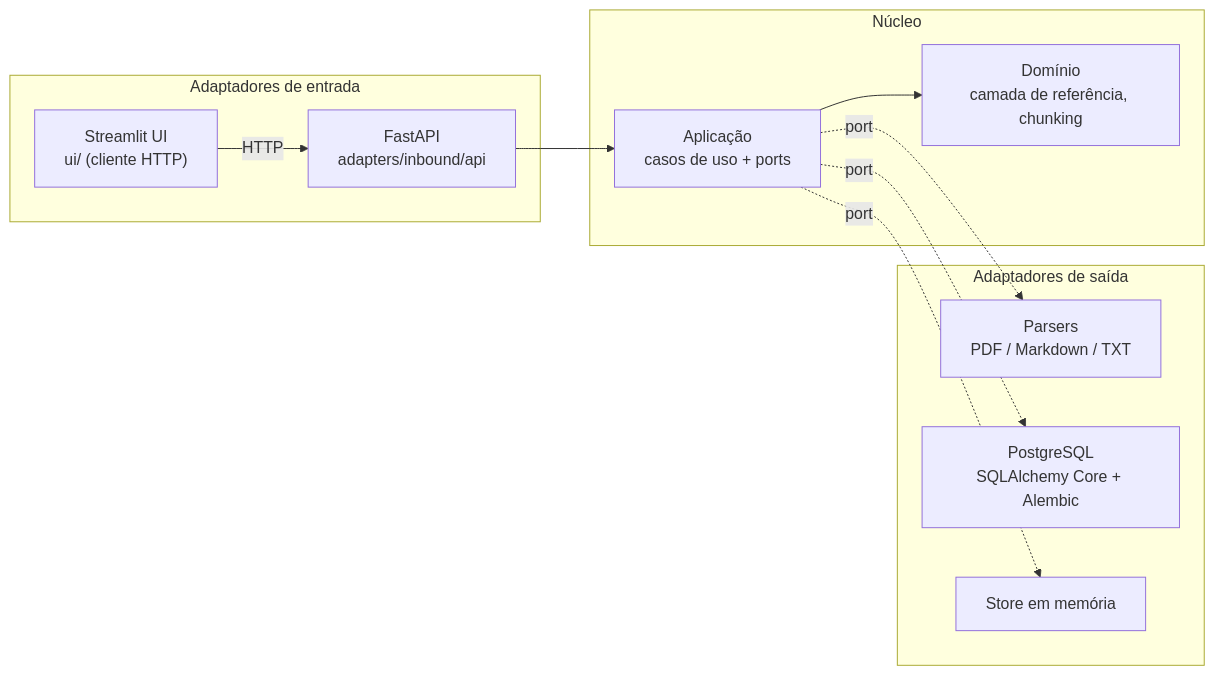
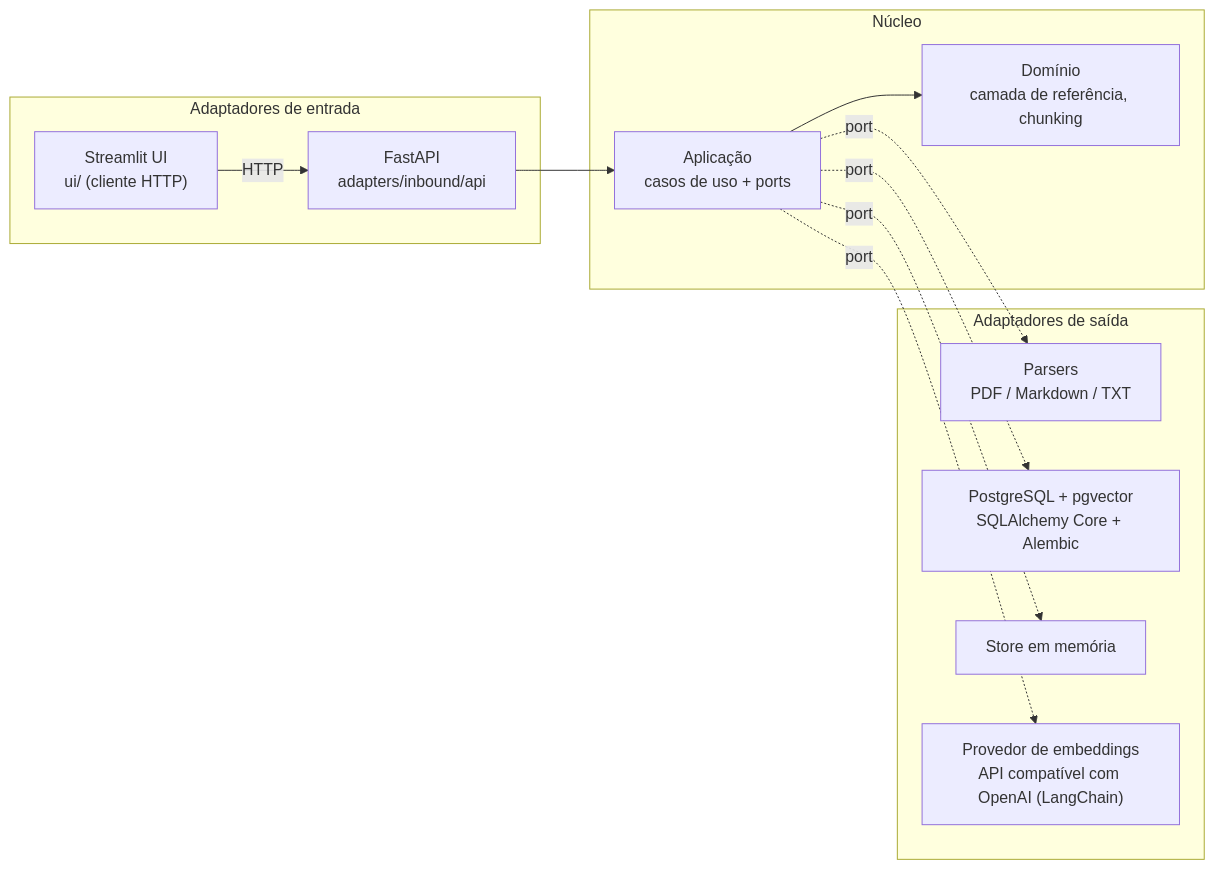
Before and after one commit to lutian/RAG-Benchmark-Lab: the first of 3 diagrams in docs/pt-BR/architecture.md, drawn with Mermaid. The commit also changed other lines of this file and 16 other files, not shown here.

Commit message:
docs: document indexing, embeddings adapter and pgvector storage

````diff
--- a/docs/pt-BR/architecture.md
+++ b/docs/pt-BR/architecture.md
@@ -9,22 +9,24 @@
 ```mermaid
 flowchart LR
     subgraph Inbound["Adaptadores de entrada"]
         API["FastAPI<br/>adapters/inbound/api"]
         UI["Streamlit UI<br/>ui/ (cliente HTTP)"]
     end
     subgraph Core["Núcleo"]
         APP["Aplicação<br/>casos de uso + ports"]
         DOM["Domínio<br/>camada de referência, chunking"]
     end
     subgraph Outbound["Adaptadores de saída"]
         PAR["Parsers<br/>PDF / Markdown / TXT"]
-        PG["PostgreSQL<br/>SQLAlchemy Core + Alembic"]
+        PG["PostgreSQL + pgvector<br/>SQLAlchemy Core + Alembic"]
         MEM["Store em memória"]
+        EMB["Provedor de embeddings<br/>API compatível com OpenAI (LangChain)"]
     end
     UI -- HTTP --> API
     API --> APP
     APP --> DOM
     APP -. port .-> PAR
     APP -. port .-> PG
     APP -. port .-> MEM
+    APP -. port .-> EMB
 ```
````
